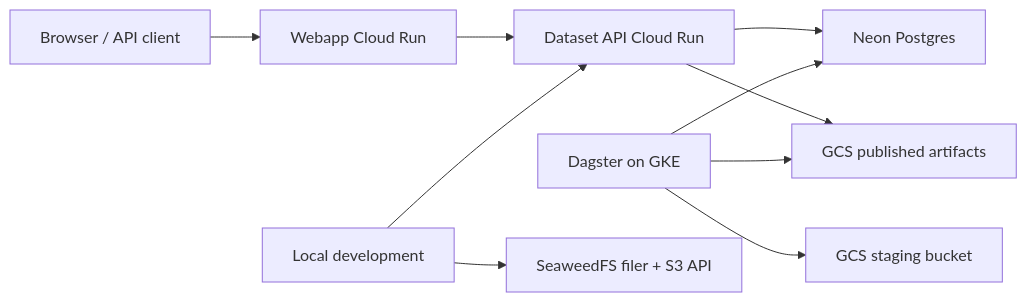
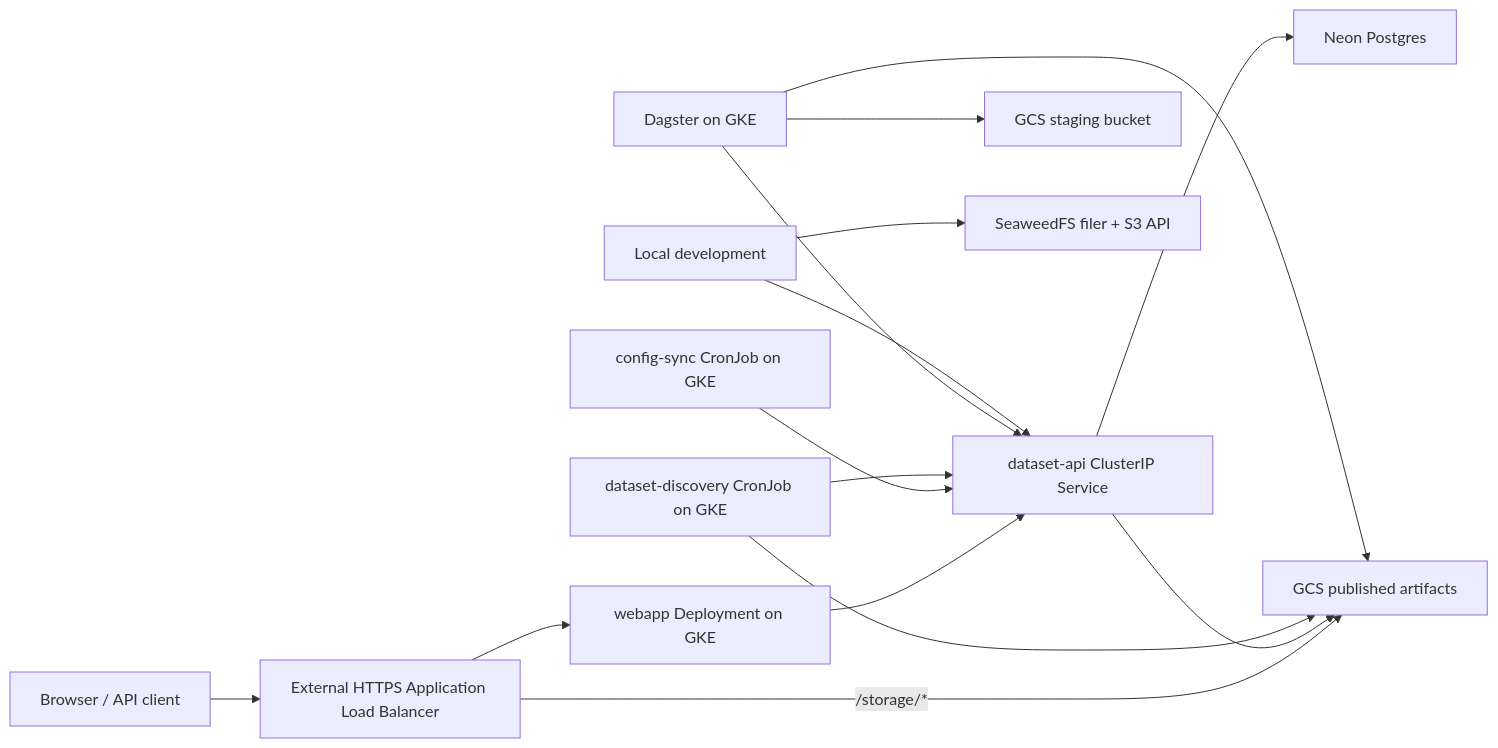
The diagram in docs/architecture.md (Public-Environmental-Data-Partners/hifld-next), drawn with Mermaid before and after one commit. The commit also changed other lines of this file and 6 other files, not shown here.

````diff
--- a/docs/architecture.md
+++ b/docs/architecture.md
@@ -3,12 +3,17 @@
 ```mermaid
 flowchart LR
-  user["Browser / API client"] --> webapp["Webapp Cloud Run"]
-  webapp --> api["Dataset API Cloud Run"]
+  user["Browser / API client"] --> alb["External HTTPS Application Load Balancer"]
+  alb --> webapp["webapp Deployment on GKE"]
+  alb -- "/storage/*" --> gcs["GCS published artifacts"]
+  webapp --> api["dataset-api ClusterIP Service"]
   api --> db["Neon Postgres"]
-  api --> gcs["GCS published artifacts"]
+  api --> gcs
+  configsync["config-sync CronJob on GKE"] --> api
+  discovery["dataset-discovery CronJob on GKE"] --> api
+  discovery --> gcs
   dagster["Dagster on GKE"] --> staging["GCS staging bucket"]
   dagster --> gcs
-  dagster --> db
+  dagster --> api
   local["Local development"] --> seaweed["SeaweedFS filer + S3 API"]
   local --> api
 ```
````
